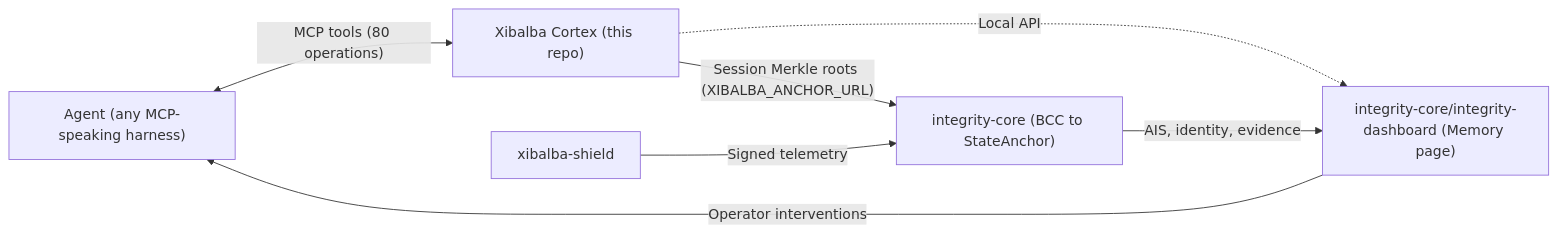
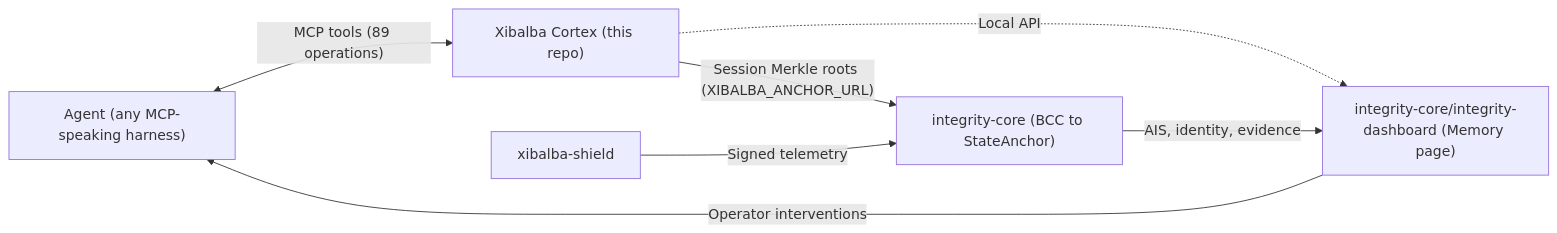
Before and after one commit to XibalbaTechSol/xibalba-cortex: the diagram in docs/wiki/architecture/ecosystem-role.md, drawn with Mermaid. The commit also changed 7 other files, not shown here.

````diff
--- a/docs/wiki/architecture/ecosystem-role.md
+++ b/docs/wiki/architecture/ecosystem-role.md
@@ -46,9 +46,9 @@
 ```mermaid
 flowchart LR
-    Agent["Agent (any MCP-speaking harness)"] <-->|"MCP tools (80 operations)"| Brain["Xibalba Cortex (this repo)"]
+    Agent["Agent (any MCP-speaking harness)"] <-->|"MCP tools (89 operations)"| Brain["Xibalba Cortex (this repo)"]
     Brain -->|"Session Merkle roots (XIBALBA_ANCHOR_URL)"| Backbone["integrity-core (BCC to StateAnchor)"]
     Brain -.->|"Local API"| Eyes["integrity-core/integrity-dashboard (Memory page)"]
     Immune["xibalba-shield"] -->|"Signed telemetry"| Backbone
     Backbone -->|"AIS, identity, evidence"| Eyes
     Eyes -->|"Operator interventions"| Agent
 ```
````
